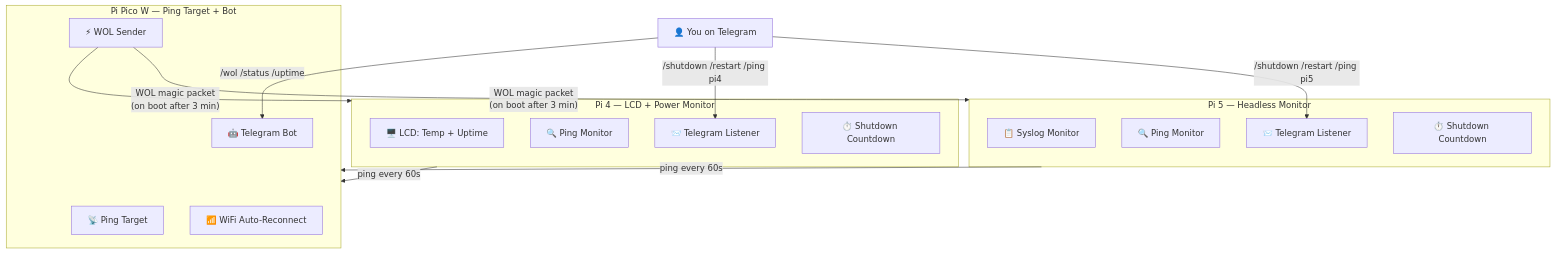
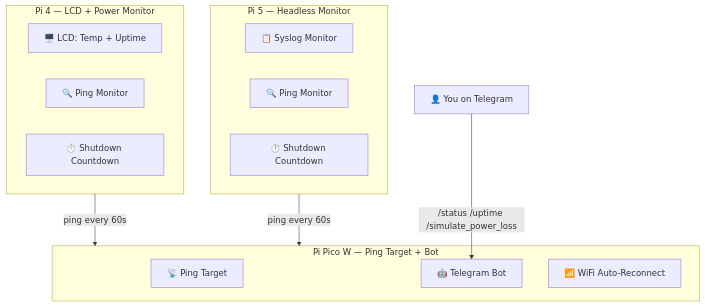
The first of 3 diagrams in README.md (sagniKdas53/home-mesh), drawn with Mermaid before and after one commit. The commit also changed other lines of this file and 5 other files, not shown here.

````diff
--- a/README.md
+++ b/README.md
@@ -7,35 +7,27 @@
 ```mermaid
 graph TD
     subgraph PICO["Pi Pico W — Ping Target + Bot"]
         P1["📡 Ping Target"]
         P2["🤖 Telegram Bot"]
-        P3["⚡ WOL Sender"]
         P4["📶 WiFi Auto-Reconnect"]
     end
 
     subgraph PI4["Pi 4 — LCD + Power Monitor"]
         L1["🖥️ LCD: Temp + Uptime"]
         L2["🔍 Ping Monitor"]
-        L3["📨 Telegram Listener"]
         L4["⏱️ Shutdown Countdown"]
     end
 
     subgraph PI5["Pi 5 — Headless Monitor"]
         H1["📋 Syslog Monitor"]
         H2["🔍 Ping Monitor"]
-        H3["📨 Telegram Listener"]
         H4["⏱️ Shutdown Countdown"]
     end
 
     USER["👤 You on Telegram"]
 
     PI4 -- "ping every 60s" --> PICO
     PI5 -- "ping every 60s" --> PICO
 
-    USER -- "/wol /status /uptime" --> P2
-    USER -- "/shutdown /restart /ping pi4" --> L3
-    USER -- "/shutdown /restart /ping pi5" --> H3
-
-    P3 -- "WOL magic packet<br/>(on boot after 3 min)" --> PI4
-    P3 -- "WOL magic packet<br/>(on boot after 3 min)" --> PI5
+    USER -- "/status /uptime /simulate_power_loss" --> P2
 ```
````
